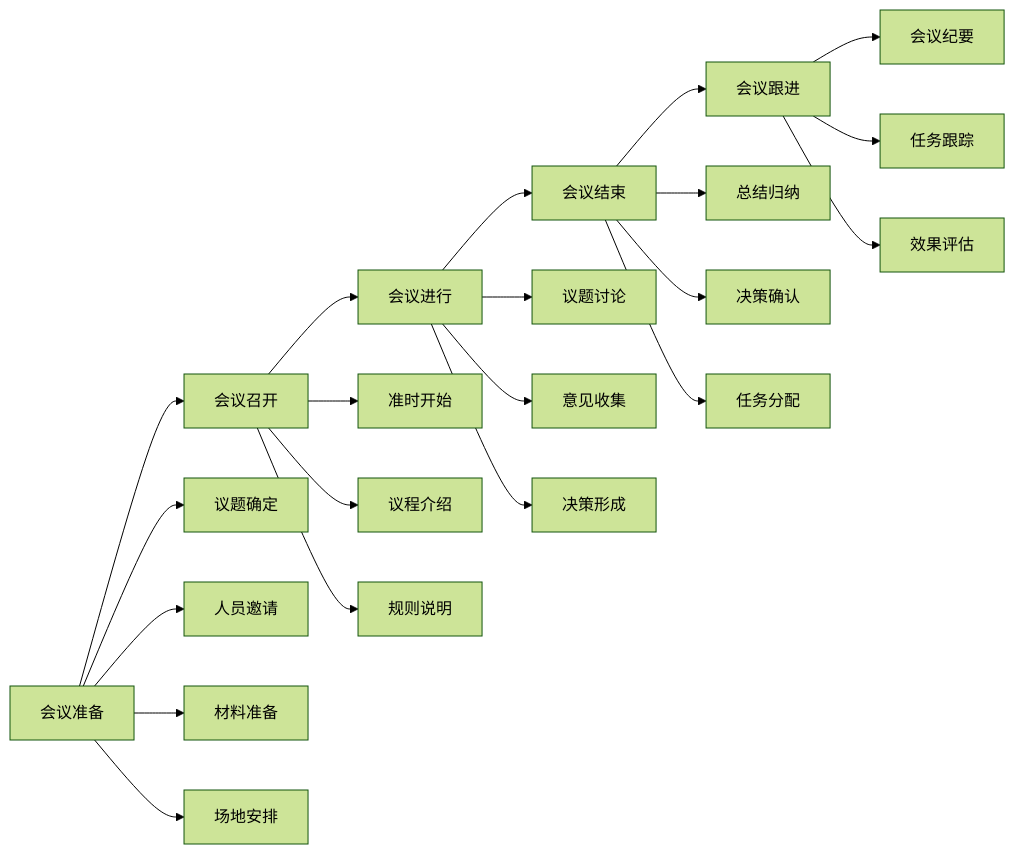
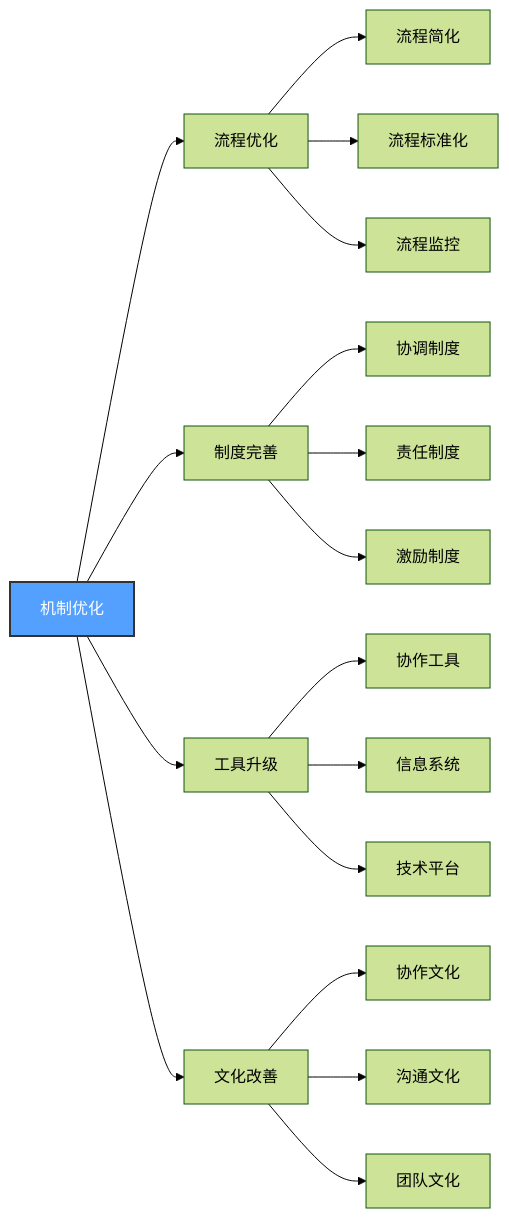
The seventh of 7 diagrams in 企业领导力/03-能力构建层/核心领导能力/03-沟通协调.md (Anping2017/obsidian), drawn with Mermaid (forest theme) before and after one commit. The commit also changed other lines of this file and 28 other files, not shown here.

````diff
--- a/企业领导力/03-能力构建层/核心领导能力/03-沟通协调.md
+++ b/企业领导力/03-能力构建层/核心领导能力/03-沟通协调.md
@@ -213,28 +303,25 @@
 ```mermaid
 graph LR
-    A[会议准备] --> B[会议召开]
-    B --> C[会议进行]
-    C --> D[会议结束]
-    D --> E[会议跟进]
+    A[机制优化] --> B[流程优化]
+    A --> C[制度完善]
+    A --> D[工具升级]
+    A --> E[文化改善]
     
-    A --> A1[议题确定]
-    A --> A2[人员邀请]
-    A --> A3[材料准备]
-    A --> A4[场地安排]
+    B --> B1[流程简化]
+    B --> B2[流程标准化]
+    B --> B3[流程监控]
     
-    B --> B1[准时开始]
-    B --> B2[议程介绍]
-    B --> B3[规则说明]
+    C --> C1[协调制度]
+    C --> C2[责任制度]
+    C --> C3[激励制度]
     
-    C --> C1[议题讨论]
-    C --> C2[意见收集]
-    C --> C3[决策形成]
+    D --> D1[协作工具]
+    D --> D2[信息系统]
+    D --> D3[技术平台]
     
-    D --> D1[总结归纳]
-    D --> D2[决策确认]
-    D --> D3[任务分配]
+    E --> E1[协作文化]
+    E --> E2[沟通文化]
+    E --> E3[团队文化]
     
-    E --> E1[会议纪要]
-    E --> E2[任务跟踪]
-    E --> E3[效果评估]
+    style A fill:#54a0ff,stroke:#333,stroke-width:2px,color:#fff
 ```
````
